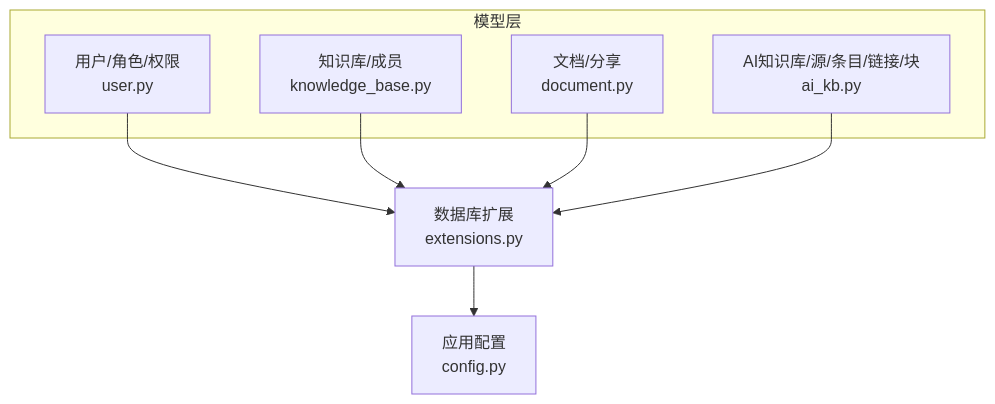
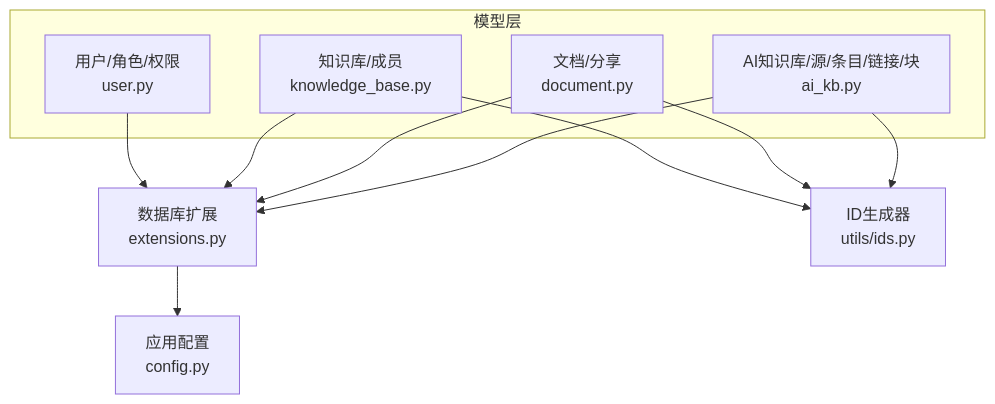
The first of 7 diagrams in .qoder/repowiki/zh/content/架构设计/数据持久化架构/模型设计原则.md (beyondalbert/my_wiki), drawn with Mermaid before and after one commit. The commit also changed other lines of this file and 21 other files, not shown here.

````diff
--- a/.qoder/repowiki/zh/content/架构设计/数据持久化架构/模型设计原则.md
+++ b/.qoder/repowiki/zh/content/架构设计/数据持久化架构/模型设计原则.md
@@ -41,16 +46,20 @@
 ```mermaid
 graph TB
 subgraph "模型层"
 U["用户/角色/权限<br/>user.py"]
 KB["知识库/成员<br/>knowledge_base.py"]
 DOC["文档/分享<br/>document.py"]
 AI["AI知识库/源/条目/链接/块<br/>ai_kb.py"]
 end
 EXT["数据库扩展<br/>extensions.py"]
 CFG["应用配置<br/>config.py"]
+IDS["ID生成器<br/>utils/ids.py"]
 U --> EXT
 KB --> EXT
 DOC --> EXT
 AI --> EXT
+KB --> IDS
+DOC --> IDS
+AI --> IDS
 EXT --> CFG
 ```
````
